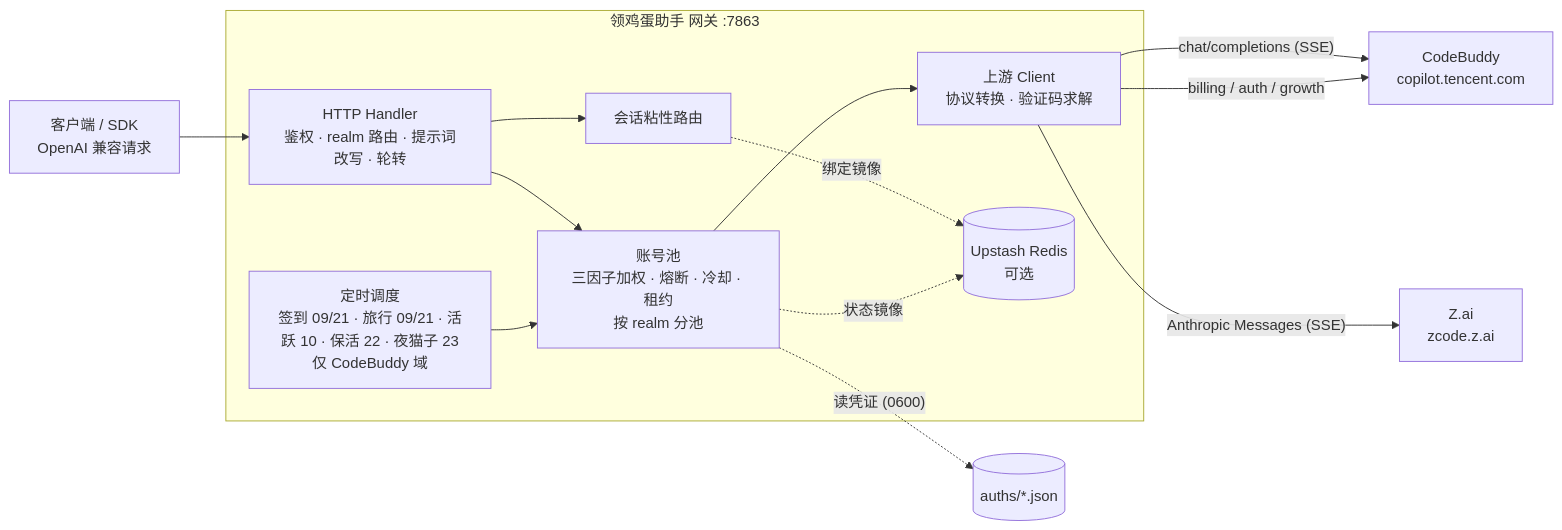
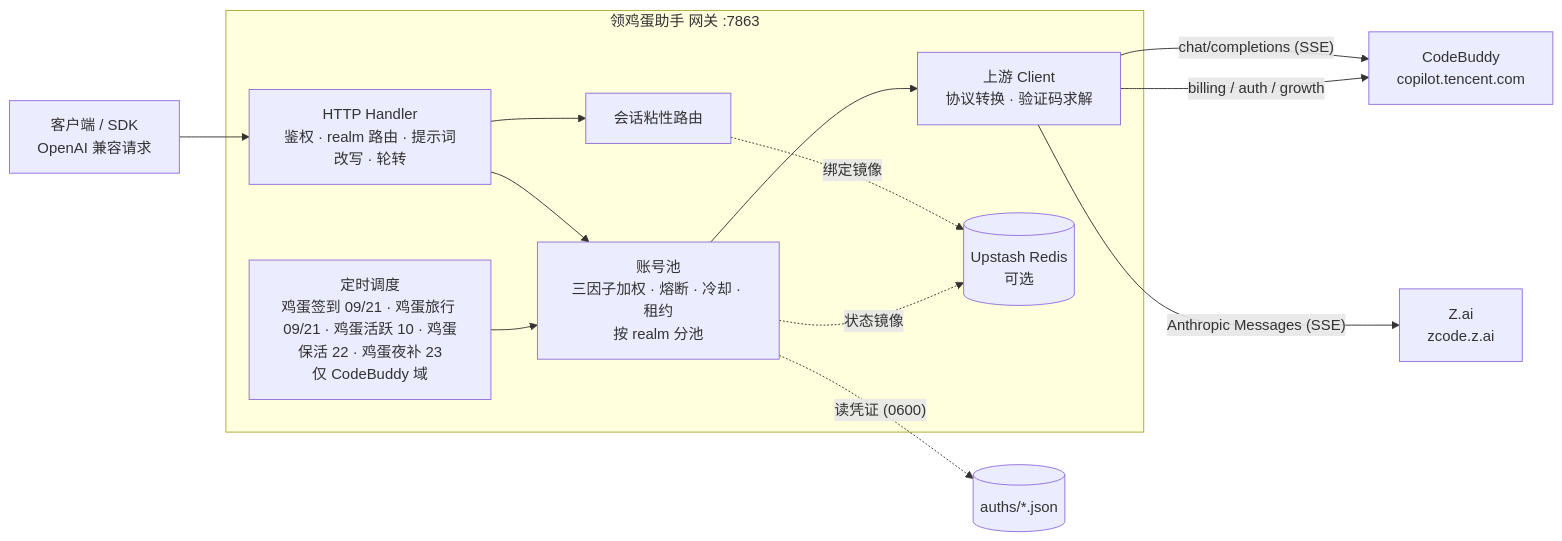
One commit to dawn1115/lingjidan changed the diagram in README.md. Above: the diagram before and after it, drawn with Mermaid. The commit also changed other lines of this file and 9 other files, not shown here.

````diff
--- a/README.md
+++ b/README.md
@@ -243,19 +243,19 @@
 ```mermaid
 flowchart LR
     Client["客户端 / SDK\nOpenAI 兼容请求"] --> H
 
     subgraph GW["领鸡蛋助手 网关 :7863"]
         H["HTTP Handler\n鉴权 · realm 路由 · 提示词改写 · 轮转"] --> P
         H --> S
         P["账号池\n三因子加权 · 熔断 · 冷却 · 租约\n按 realm 分池"] --> U
         S["会话粘性路由"] -.绑定镜像.-> REDIS
-        T["定时调度\n签到 09/21 · 旅行 09/21 · 活跃 10 · 保活 22 · 夜猫子 23\n仅 CodeBuddy 域"] --> P
+        T["定时调度\n鸡蛋签到 09/21 · 鸡蛋旅行 09/21 · 鸡蛋活跃 10 · 鸡蛋保活 22 · 鸡蛋夜补 23\n仅 CodeBuddy 域"] --> P
         U["上游 Client\n协议转换 · 验证码求解"]
     end
 
     P -. "读凭证 (0600)" .-> AUTH[("auths/*.json")]
     P -. "状态镜像" .-> REDIS[("Upstash Redis\n可选")]
     U -->|"chat/completions (SSE)"| CB["CodeBuddy\ncopilot.tencent.com"]
     U -->|"Anthropic Messages (SSE)"| ZA["Z.ai\nzcode.z.ai"]
     U -->|"billing / auth / growth"| CB
 ```
````
